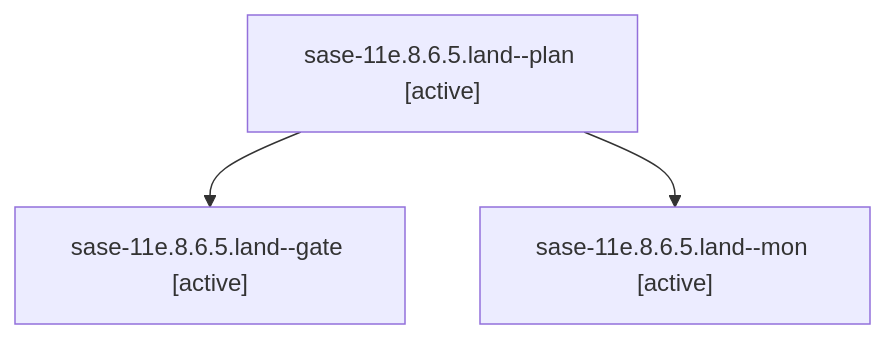
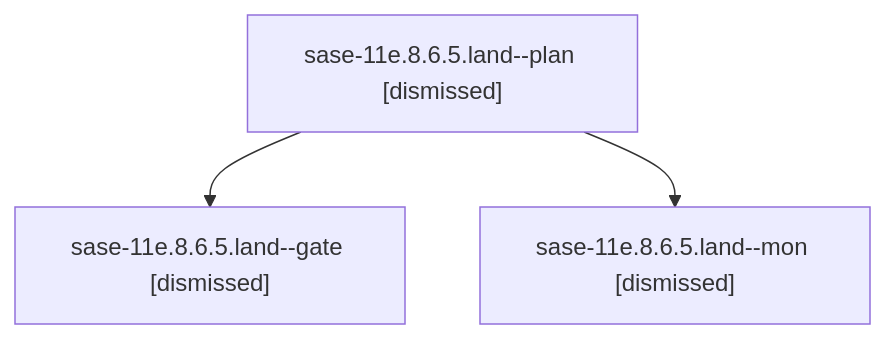
One commit to sase-org/sase--agents changed the diagram in sessions/bbugyi200.athena.sase-11e.8.6.5.land.md. Above: the diagram before and after it, drawn with Mermaid. The commit also changed other lines of this file and 199 other files, not shown here.

````diff
--- a/sessions/bbugyi200.athena.sase-11e.8.6.5.land.md
+++ b/sessions/bbugyi200.athena.sase-11e.8.6.5.land.md
@@ -9,8 +9,8 @@
 ```mermaid
 flowchart TD
-  n0["sase-11e.8.6.5.land--plan [active]"]
-  n1["sase-11e.8.6.5.land--gate [active]"]
+  n0["sase-11e.8.6.5.land--plan [dismissed]"]
+  n1["sase-11e.8.6.5.land--gate [dismissed]"]
   n0 --> n1
-  n2["sase-11e.8.6.5.land--mon [active]"]
+  n2["sase-11e.8.6.5.land--mon [dismissed]"]
   n0 --> n2
 ```
````
